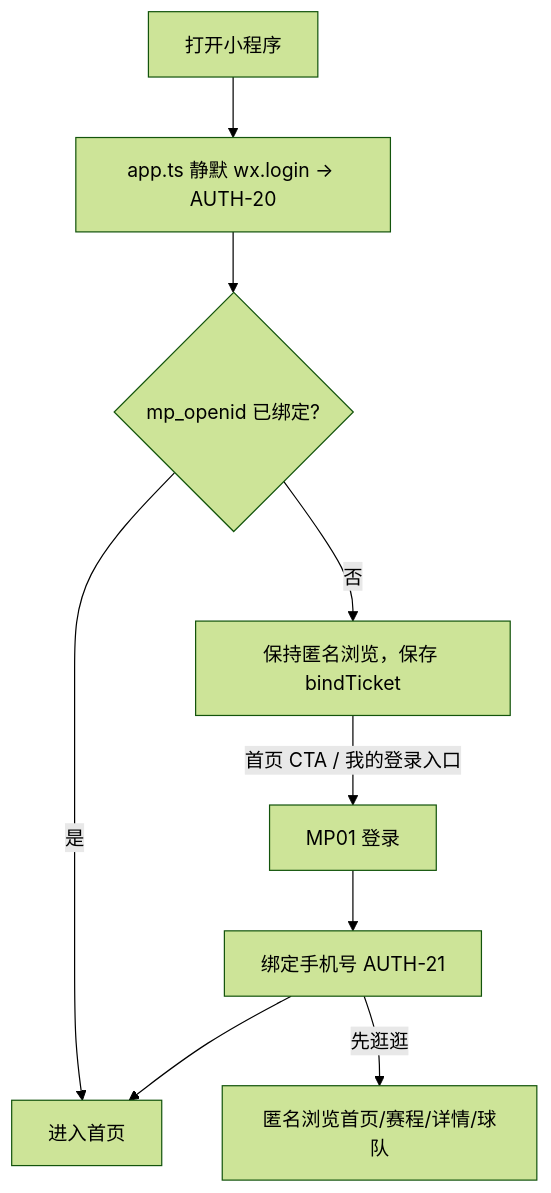
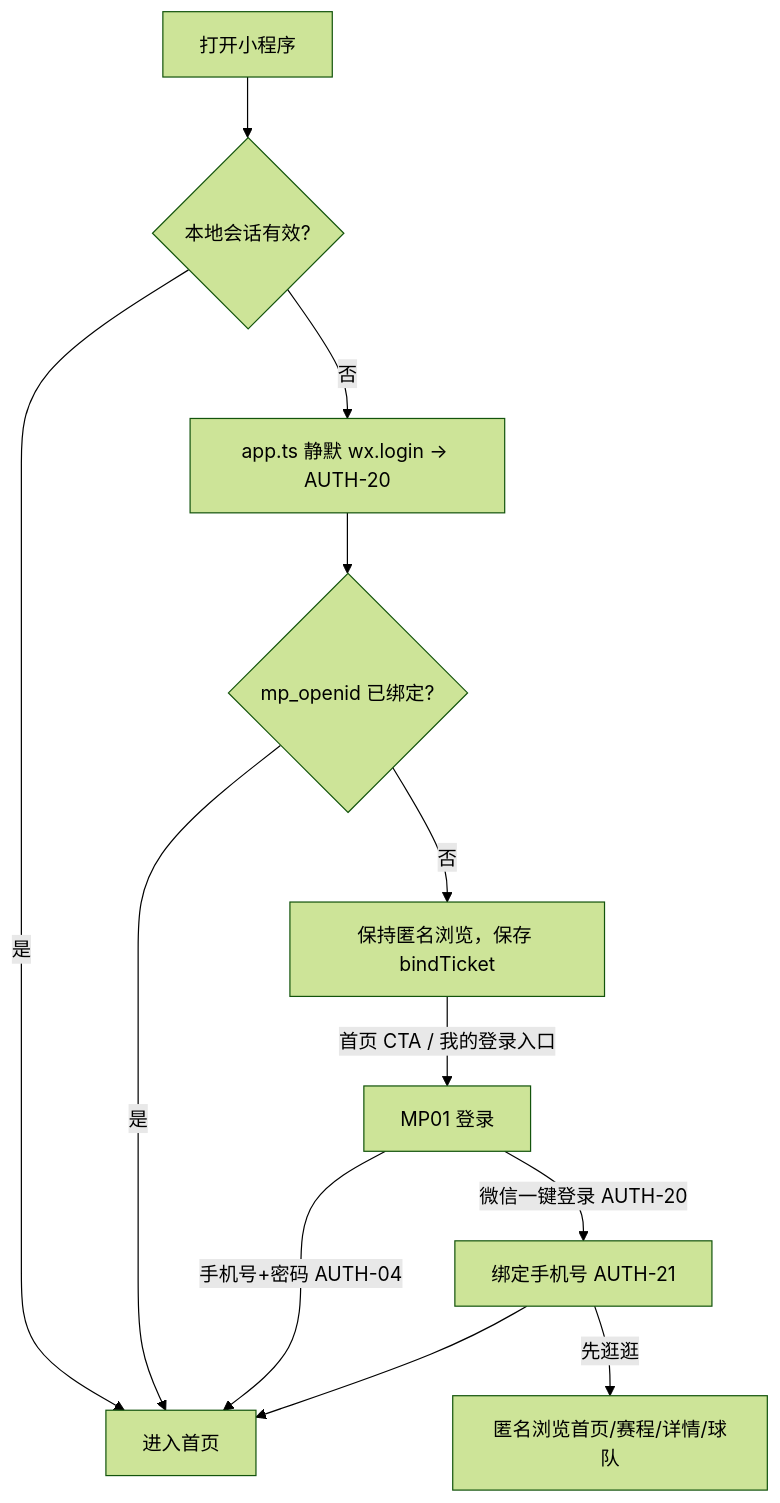
The fourth of 10 diagrams in docs/design/02.页面结构与交互设计.md (zhouyacheng/yunhefc), drawn with Mermaid (forest theme) before and after one commit. The commit also changed other lines of this file and 23 other files, not shown here.

````diff
--- a/docs/design/02.页面结构与交互设计.md
+++ b/docs/design/02.页面结构与交互设计.md
@@ -691,9 +694,13 @@
 ```mermaid
 flowchart TD
-  M[打开小程序] --> N["app.ts 静默 wx.login → AUTH-20"]
+  M[打开小程序] --> L{本地会话有效?}
+  L -- 是 --> P[进入首页]
+  L -- 否 --> N["app.ts 静默 wx.login → AUTH-20"]
   N --> O{mp_openid 已绑定?}
-  O -- 是 --> P[进入首页]
+  O -- 是 --> P
   O -- 否 --> S[保持匿名浏览，保存 bindTicket]
-  S -- 首页 CTA / 我的登录入口 --> T[MP01 登录] --> Q[绑定手机号 AUTH-21] --> P
+  S -- 首页 CTA / 我的登录入口 --> T[MP01 登录]
+  T -- 手机号+密码 AUTH-04 --> P
+  T -- 微信一键登录 AUTH-20 --> Q[绑定手机号 AUTH-21] --> P
   Q -- 先逛逛 --> R[匿名浏览首页/赛程/详情/球队]
 ```
````
